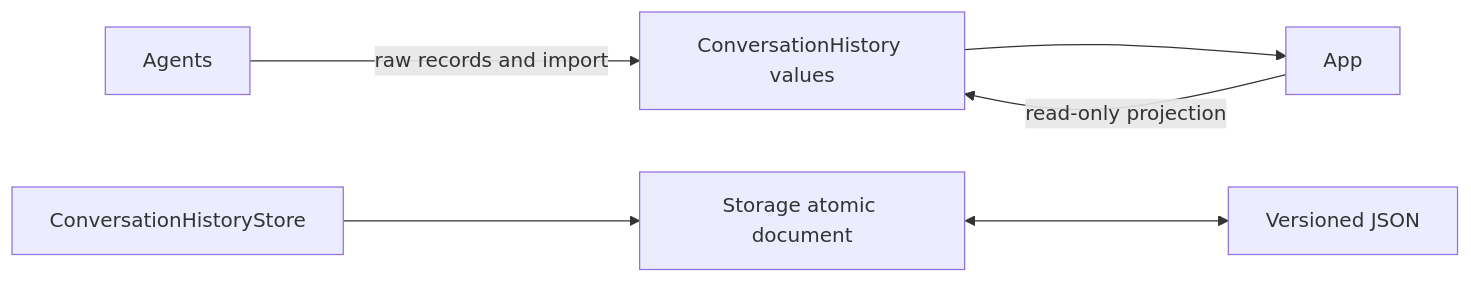
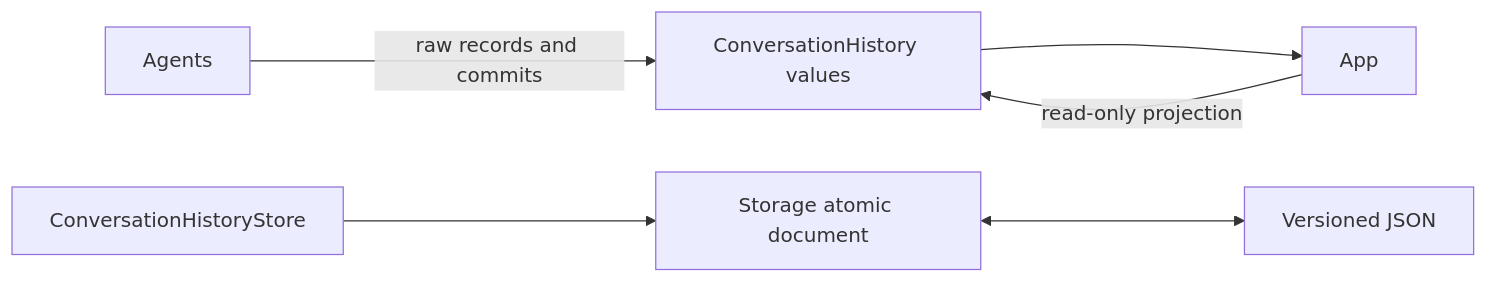
One commit to devilyouwei/MobileHarness changed the diagram in MobileHarness/Storage/Chat/README.md. Above: the diagram before and after it, drawn with Mermaid. The commit also changed other lines of this file and 456 other files, not shown here.

````diff
--- a/MobileHarness/Storage/Chat/README.md
+++ b/MobileHarness/Storage/Chat/README.md
@@ -15,8 +15,8 @@
 ```mermaid
 flowchart LR
- Agents -->|raw records and import| Schemas[ConversationHistory values]
+ Agents -->|raw records and commits| Schemas[ConversationHistory values]
  Journal[ConversationHistoryStore] --> Document[Storage atomic document]
  App -->|read-only projection| Schemas
  Schemas --> App
  Document <--> Disk[Versioned JSON]
 ```
````
